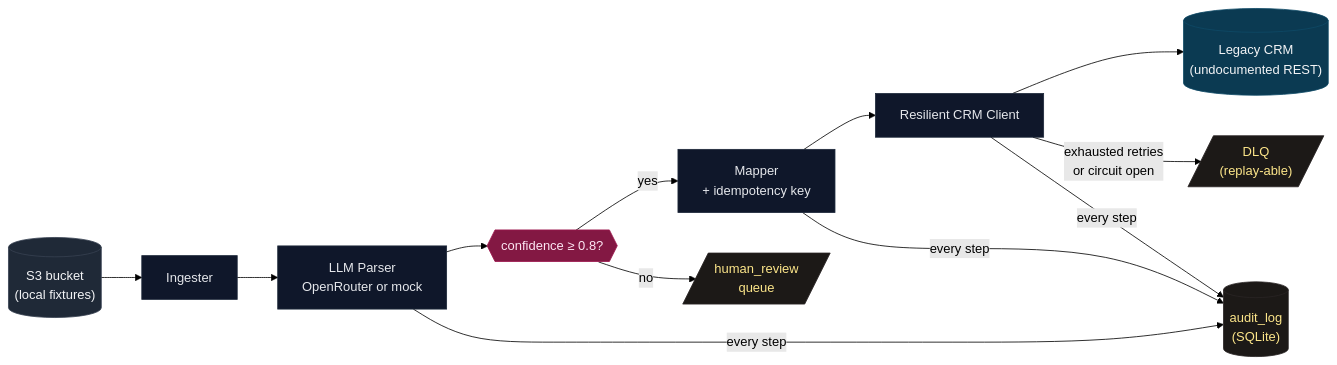
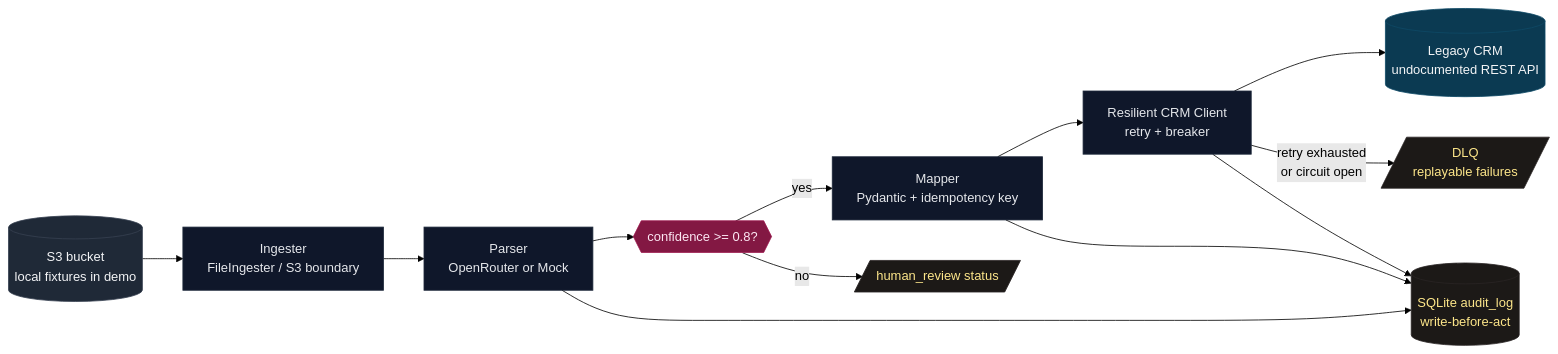
The diagram in README.md (praxstack/unifyapps-fdse-assignment), drawn with Mermaid (forest theme) before and after one commit. The commit also changed other lines of this file and 8 other files, not shown here.

````diff
--- a/README.md
+++ b/README.md
@@ -36,28 +96,28 @@
 ```mermaid
 flowchart LR
-    S3[("S3 bucket<br/>(local fixtures)")]:::source
-    Ingest[Ingester]:::stage
-    Parser[LLM Parser<br/>OpenRouter or mock]:::stage
-    Gate{{"confidence ≥ 0.8?"}}:::gate
-    Mapper[Mapper<br/>+ idempotency key]:::stage
-    Client[Resilient CRM Client]:::stage
-    CRM[("Legacy CRM<br/>(undocumented REST)")]:::sink
+    S3[("S3 bucket<br/>local fixtures in demo")]:::source
+    Ingester[Ingester<br/>FileIngester / S3 boundary]:::stage
+    Parser[Parser<br/>OpenRouter or Mock]:::stage
+    Gate{{"confidence >= 0.8?"}}:::gate
+    Mapper[Mapper<br/>Pydantic + idempotency key]:::stage
+    Client[Resilient CRM Client<br/>retry + breaker]:::stage
+    CRM[("Legacy CRM<br/>undocumented REST API")]:::sink
 
-    HumanReview[/"human_review<br/>queue"/]:::side
-    DLQ[/"DLQ<br/>(replay-able)"/]:::side
-    Audit[("audit_log<br/>(SQLite)")]:::side
+    Human[/"human_review status"/]:::side
+    DLQ[/"DLQ<br/>replayable failures"/]:::side
+    Audit[("SQLite audit_log<br/>write-before-act")]:::side
 
-    S3 --> Ingest --> Parser --> Gate
-    Gate -- "no" --> HumanReview
+    S3 --> Ingester --> Parser --> Gate
+    Gate -- "no" --> Human
     Gate -- "yes" --> Mapper --> Client --> CRM
-    Client -- "exhausted retries<br/>or circuit open" --> DLQ
-    Client -- "every step" --> Audit
-    Mapper -- "every step" --> Audit
-    Parser -- "every step" --> Audit
+    Parser --> Audit
+    Mapper --> Audit
+    Client --> Audit
+    Client -- "retry exhausted<br/>or circuit open" --> DLQ
 
     classDef source fill:#1f2937,stroke:#374151,color:#f3f4f6
     classDef sink fill:#0b3a52,stroke:#0e4a66,color:#f3f4f6
     classDef stage fill:#0f172a,stroke:#1e293b,color:#e5e7eb
     classDef gate fill:#831843,stroke:#9d174d,color:#fce7f3
     classDef side fill:#1c1917,stroke:#292524,color:#fde68a
 ```
````
